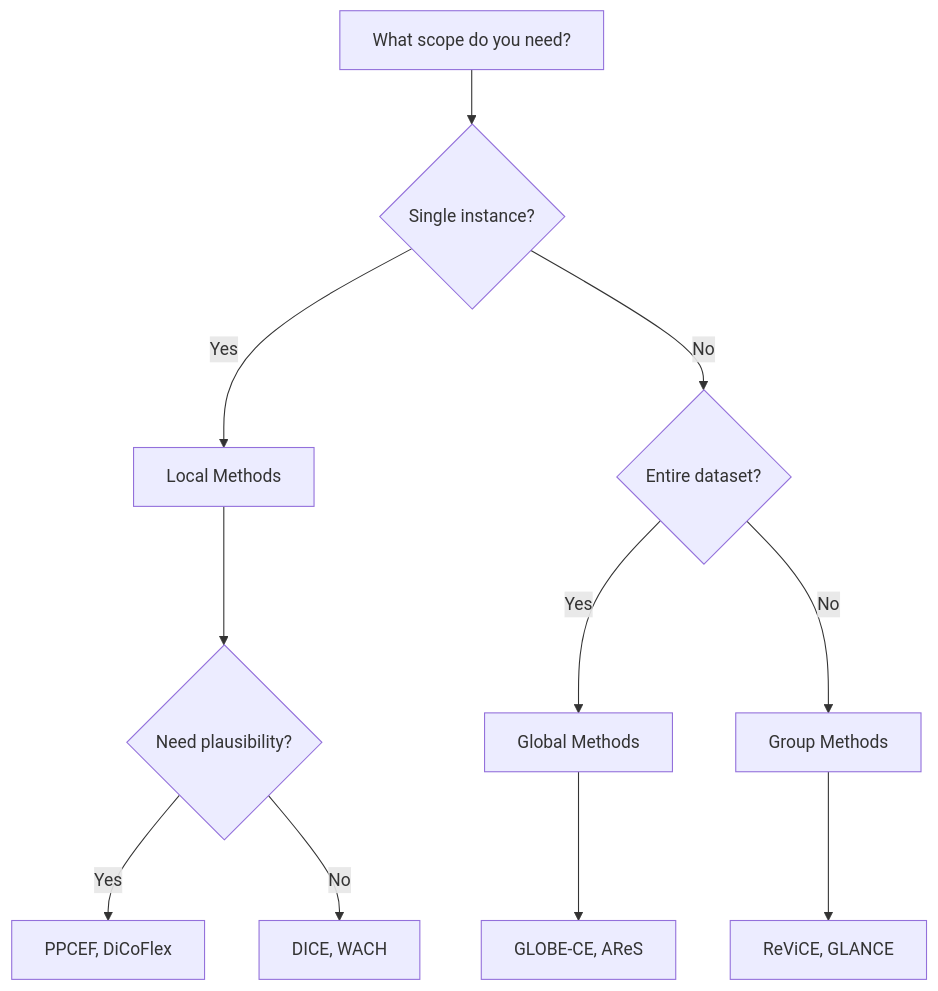
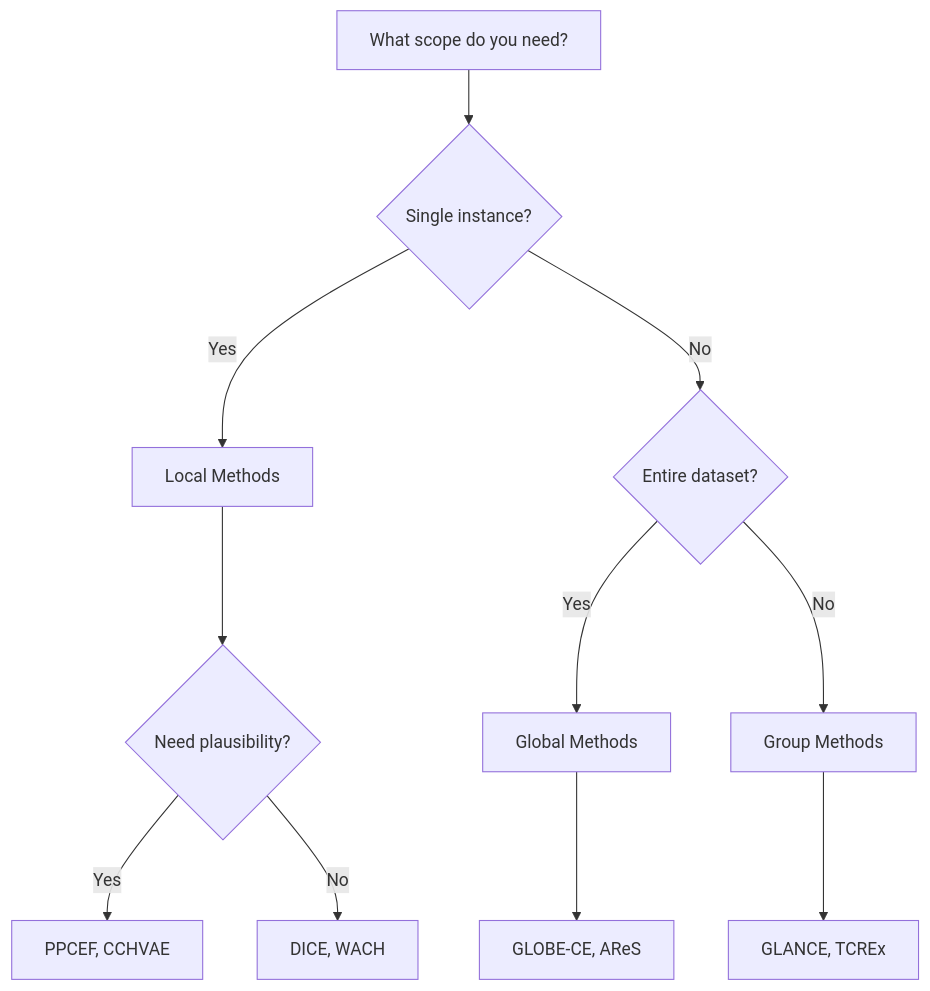
One commit to ofurman/counterfactuals changed the diagram in docs/methods/index.md. Above: the diagram before and after it, drawn with Mermaid. The commit also changed other lines of this file and 22 other files, not shown here.

````diff
--- a/docs/methods/index.md
+++ b/docs/methods/index.md
@@ -37,15 +40,15 @@
 ```mermaid
 flowchart TD
     A[What scope do you need?] --> B{Single instance?}
     B -->|Yes| C[Local Methods]
     B -->|No| D{Entire dataset?}
     D -->|Yes| E[Global Methods]
     D -->|No| F[Group Methods]
 
     C --> G{Need plausibility?}
-    G -->|Yes| H[PPCEF, DiCoFlex]
+    G -->|Yes| H[PPCEF, CCHVAE]
     G -->|No| I[DICE, WACH]
 
     E --> J[GLOBE-CE, AReS]
-    F --> K[ReViCE, GLANCE]
+    F --> K[GLANCE, TCREx]
 ```
````
